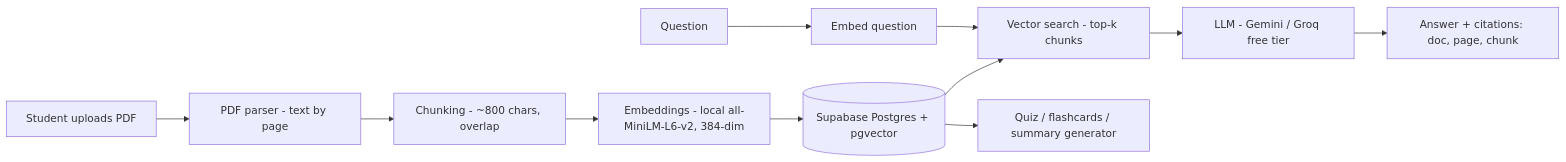
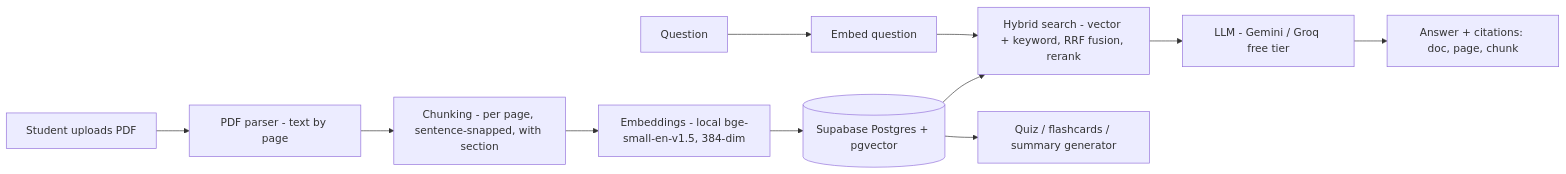
The diagram in README.md (KaushikVegulla/StudyMind-AI), drawn with Mermaid before and after one commit. The commit also changed other lines of this file and 13 other files, not shown here.

Commit message:
Add hybrid retrieval, bge-small embeddings and strict grounded citations

````diff
--- a/README.md
+++ b/README.md
@@ -31,13 +31,13 @@
 ```mermaid
 flowchart LR
     A[Student uploads PDF] --> B[PDF parser - text by page]
-    B --> C[Chunking - ~800 chars, overlap]
-    C --> D[Embeddings - local all-MiniLM-L6-v2, 384-dim]
+    B --> C[Chunking - per page, sentence-snapped, with section]
+    C --> D[Embeddings - local bge-small-en-v1.5, 384-dim]
     D --> E[(Supabase Postgres + pgvector)]
     Q[Question] --> F[Embed question]
-    F --> G[Vector search - top-k chunks]
+    F --> G[Hybrid search - vector + keyword, RRF fusion, rerank]
     E --> G
     G --> H[LLM - Gemini / Groq free tier]
     H --> I[Answer + citations: doc, page, chunk]
     E --> J[Quiz / flashcards / summary generator]
 ```
````
